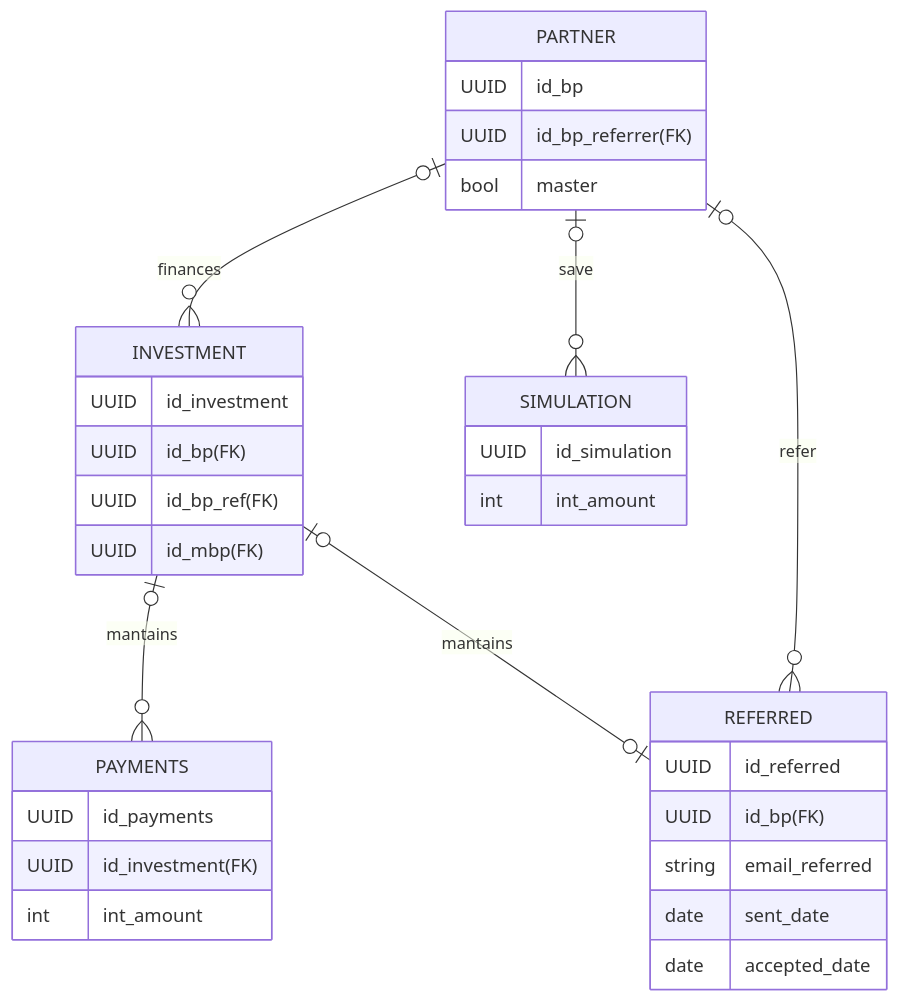
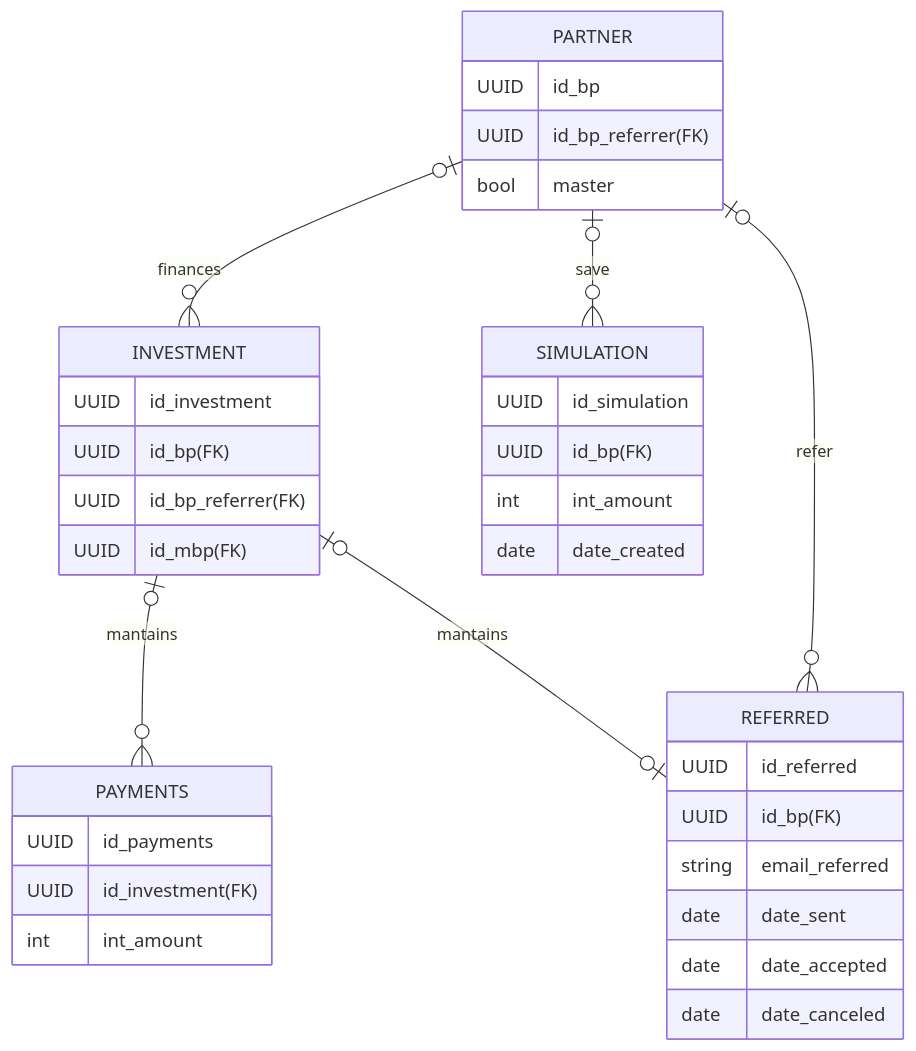
One commit to git-jrm/management-system changed the second of 2 diagrams in Entity–relationship-model.md. Above: the diagram before and after it, drawn with Mermaid. The commit also changed other lines of this file, not shown here.

````diff
--- a/Entity–relationship-model.md
+++ b/Entity–relationship-model.md
@@ -49,36 +49,38 @@
 ```mermaid
-erDiagram
+   erDiagram
     PARTNER |o--o{ INVESTMENT : finances
     PARTNER |o--o{ SIMULATION : save
     PARTNER |o--o{ REFERRED : refer
     INVESTMENT |o--o{ PAYMENTS : mantains
     INVESTMENT |o--o| REFERRED : mantains
     PARTNER {
         UUID id_bp
         UUID id_bp_referrer(FK)
         bool master
     }
+    SIMULATION {
+        UUID id_simulation
+        UUID id_bp(FK)
+        int int_amount
+        date date_created
+    }
     INVESTMENT {
         UUID id_investment
         UUID id_bp(FK)
-        UUID id_bp_ref(FK)
-        UUID id_mbp(FK)
+        UUID id_bp_referrer(FK)
+        UUID id_mbp(FK)       
     }
     REFERRED {
         UUID id_referred
         UUID id_bp(FK)
         string email_referred
-        date sent_date
-        date accepted_date
+        date date_sent
+        date date_accepted
+        date date_canceled
     }
     PAYMENTS {
         UUID id_payments
         UUID id_investment(FK)
         int int_amount
     }
-    SIMULATION {
-        UUID id_simulation
-        int int_amount
-    }
-
 ```
````
